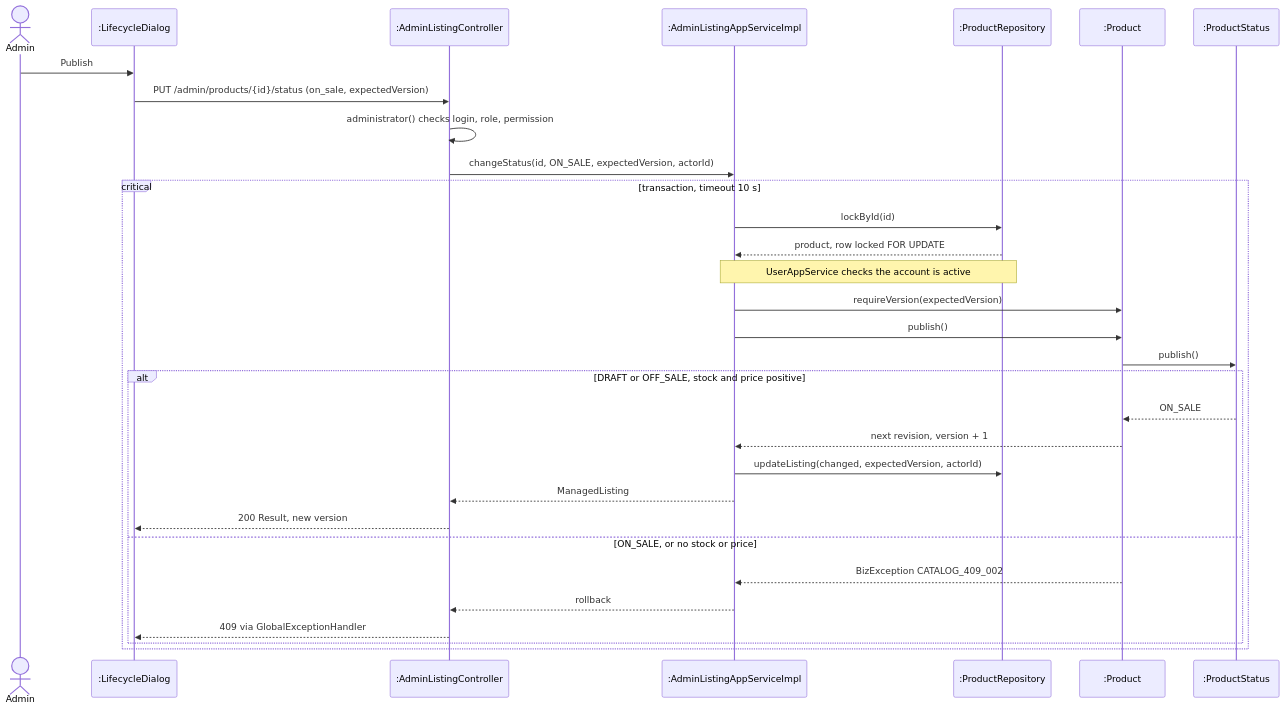
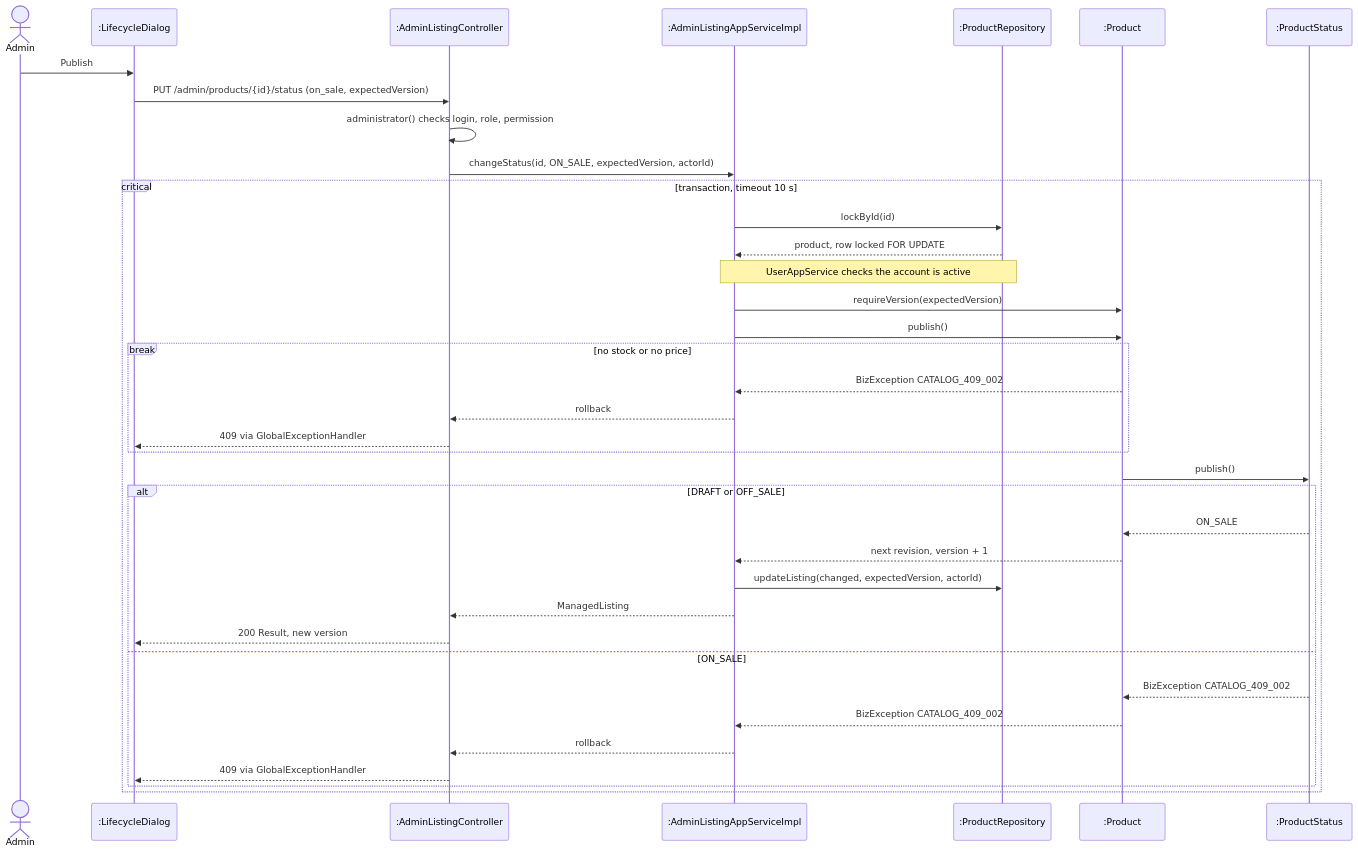
One commit to PPsyrius/iss-groupbuy-team8 changed diagram 12 of 18 in docs/swe5006/report/sections/03-4-5-liu-jin.md. Above: the diagram before and after it, drawn with Mermaid. The commit also changed other lines of this file, not shown here.

Commit message:
docs(report): put the publish stock and price guard in Product (#463) [owner: Liu Jin]
Figure 3.110 had ProductStatus refuse a publish without stock or price.
Product.publish throws PRODUCT_STATE_CONFLICT for stock <= 0 or a
non-positive price before it asks the state
(Product.java:284-288@6d14e449); ProductStatus.publish only checks the
state (ProductStatus.java:15,41,53@6d14e449). The guard is now a break
on Product, and the state's alt keeps only DRAFT/OFF_SALE versus ON_SALE.

Owner: Liu Jin owns this section; changed directly, for their sign-off in review.
Evidence-skipped: sprint log entry is a separate commit at the end of this PR

````diff
--- a/docs/swe5006/report/sections/03-4-5-liu-jin.md
+++ b/docs/swe5006/report/sections/03-4-5-liu-jin.md
@@ -672,33 +672,39 @@
 ```mermaid
 sequenceDiagram
     actor Admin
     participant P as :LifecycleDialog
     participant W as :AdminListingController
     participant S as :AdminListingAppServiceImpl
     participant R as :ProductRepository
     participant D as :Product
     participant T as :ProductStatus
     Admin->>P: Publish
     P->>W: PUT /admin/products/{id}/status (on_sale, expectedVersion)
     W->>W: administrator() checks login, role, permission
     W->>S: changeStatus(id, ON_SALE, expectedVersion, actorId)
     critical transaction, timeout 10 s
         S->>R: lockById(id)
         R-->>S: product, row locked FOR UPDATE
         Note over S,R: UserAppService checks the account is active
         S->>D: requireVersion(expectedVersion)
         S->>D: publish()
+        break no stock or no price
+            D-->>S: BizException CATALOG_409_002
+            S-->>W: rollback
+            W-->>P: 409 via GlobalExceptionHandler
+        end
         D->>T: publish()
-        alt DRAFT or OFF_SALE, stock and price positive
+        alt DRAFT or OFF_SALE
             T-->>D: ON_SALE
             D-->>S: next revision, version + 1
             S->>R: updateListing(changed, expectedVersion, actorId)
             S-->>W: ManagedListing
             W-->>P: 200 Result, new version
-        else ON_SALE, or no stock or price
+        else ON_SALE
+            T-->>D: BizException CATALOG_409_002
             D-->>S: BizException CATALOG_409_002
             S-->>W: rollback
             W-->>P: 409 via GlobalExceptionHandler
         end
     end
 ```
````
